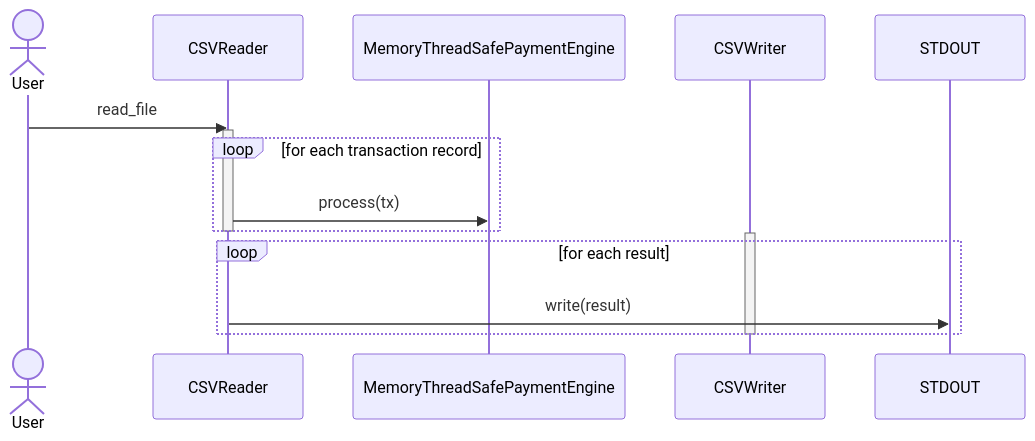
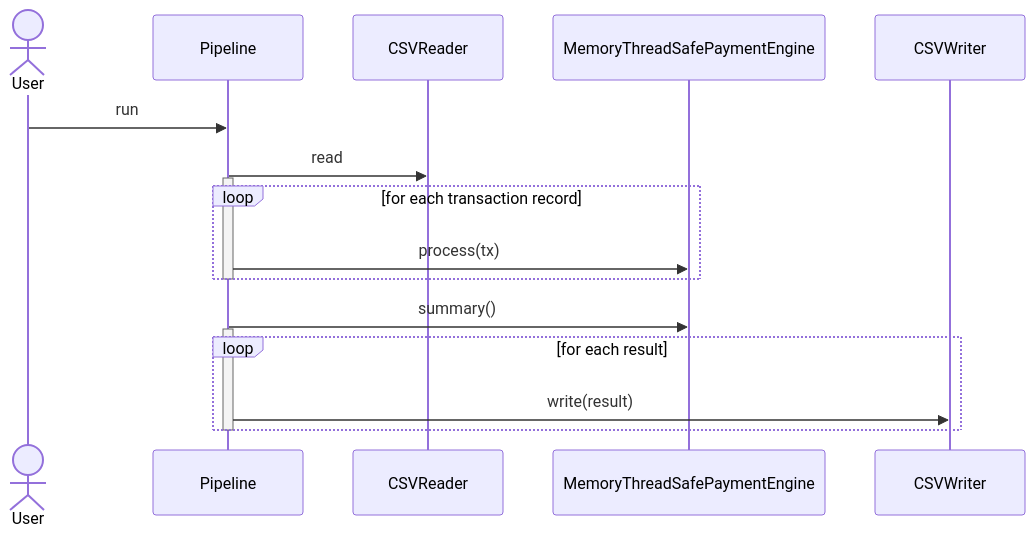
The second of 3 diagrams in README.md (jproyo/payment-settle-accounts), drawn with Mermaid before and after one commit. The commit also changed other lines of this file and 117 other files, not shown here.

````diff
--- a/README.md
+++ b/README.md
@@ -97,18 +97,21 @@
 ```mermaid
 sequenceDiagram
     actor U as User
+    participant PP as Pipeline
     participant CR as CSVReader
     participant ME as MemoryThreadSafePaymentEngine
     participant CW as CSVWriter
-    U ->> CR: read_file
-    activate CR
+    U ->> PP: run
+    PP ->> CR: read
+    activate PP
     loop for each transaction record
-        CR ->> ME: process(tx)
+        PP ->> ME: process(tx)
     end
-    deactivate CR
-    activate CW
+    deactivate PP
+    PP ->> ME: summary()
+    activate PP
     loop for each result
-        CR ->> STDOUT: write(result)
+        PP ->> CW: write(result)
     end
-    deactivate CW
+    deactivate PP
 ```
````
